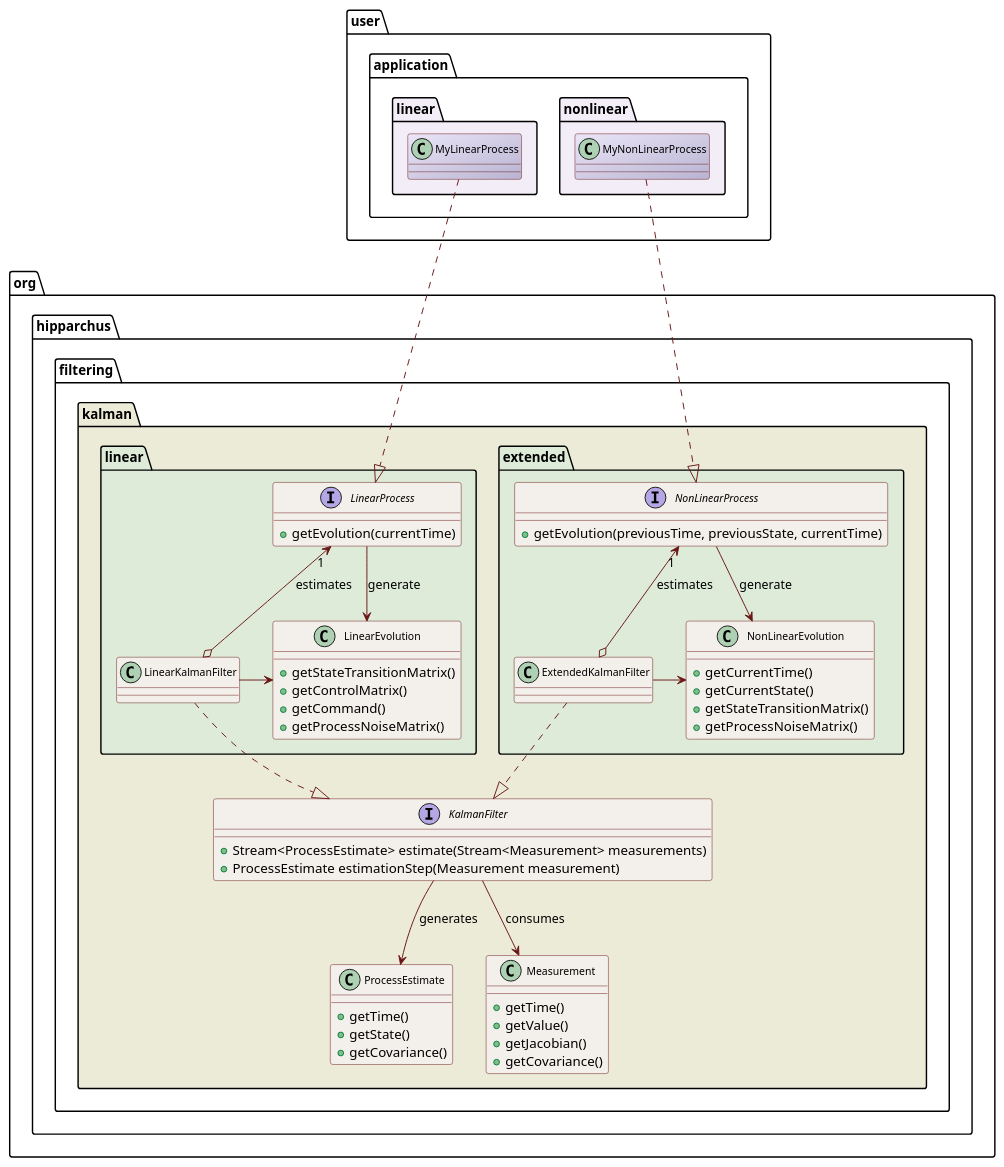
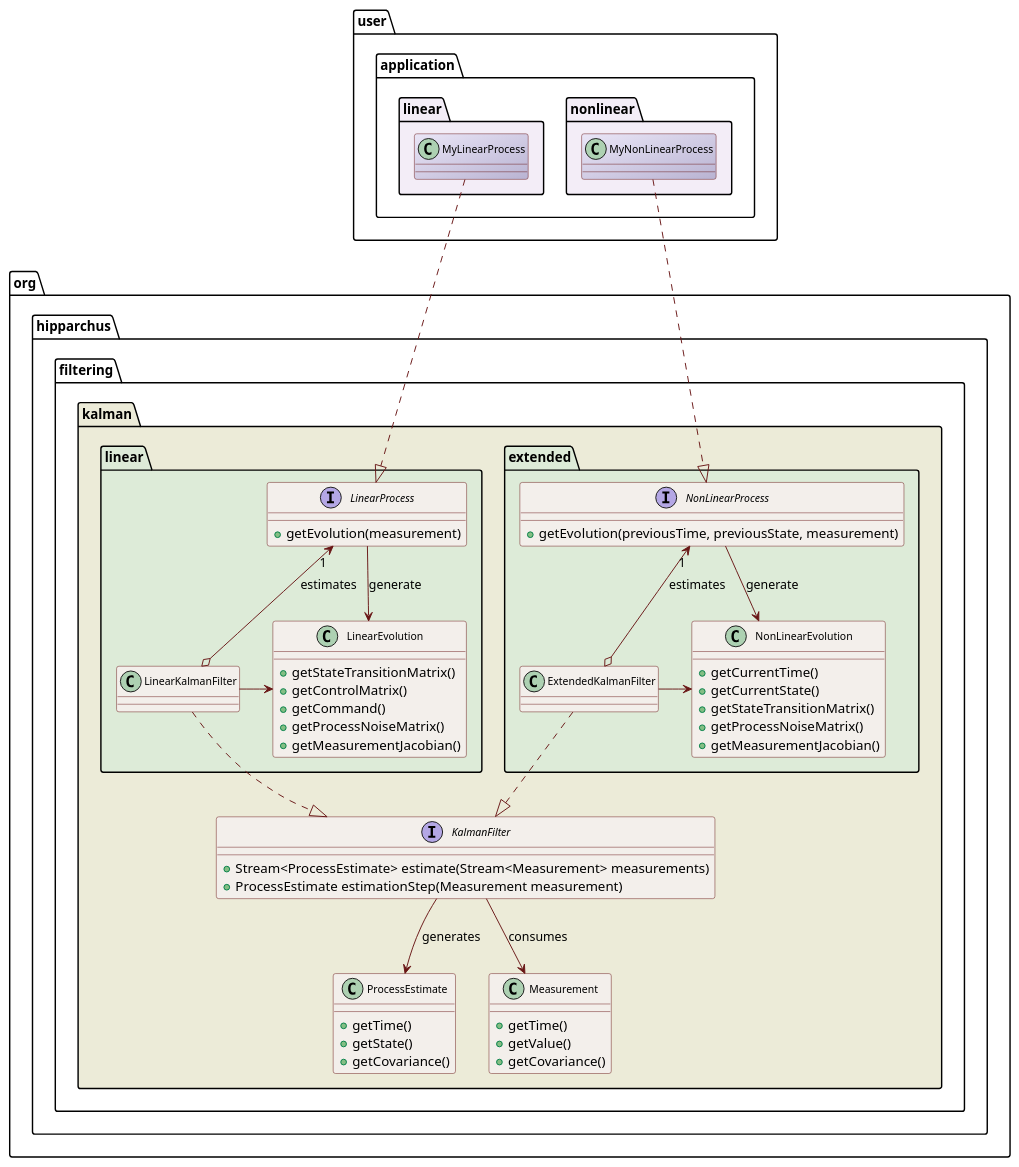
One commit to Hipparchus-Math/hipparchus changed the diagram in src/site/design/kalman.puml. Above: the diagram before and after it, drawn with PlantUML. The commit also changed 10 other files, not shown here.

Commit message:
Measurement Jacobian must be evaluated by the process after prediction.

```diff
--- a/src/site/design/kalman.puml
+++ b/src/site/design/kalman.puml
@@ -16,91 +16,92 @@
 @startuml
 
   skinparam svek                  true
   skinparam ClassBackgroundColor  #F3EFEB
   skinparam ClassArrowColor       #691616
   skinparam ClassBorderColor      #691616
   skinparam NoteBackgroundColor   #F3EFEB
   skinparam NoteBorderColor       #691616
   skinparam NoteFontColor         #691616
   skinparam ClassFontSize         11
 
   package org.hipparchus.filtering.kalman #ECEBD8 {
 
       class ProcessEstimate {
         +getTime()
         +getState()
         +getCovariance()
       }
 
       class Measurement {
         +getTime()
         +getValue()
-        +getJacobian()
         +getCovariance()
       }
 
       interface KalmanFilter {
         +Stream<ProcessEstimate> estimate(Stream<Measurement> measurements)
         +ProcessEstimate estimationStep(Measurement measurement)
       }
 
       KalmanFilter --> Measurement     : consumes
       KalmanFilter --> ProcessEstimate : generates
 
       package linear #DDEBD8 {
           class LinearEvolution {
             +getStateTransitionMatrix()
             +getControlMatrix()
             +getCommand()
             +getProcessNoiseMatrix()
+            +getMeasurementJacobian()
           }
 
           interface LinearProcess {
-            +getEvolution(currentTime)
+            +getEvolution(measurement)
           }
 
           class LinearKalmanFilter
 
           LinearProcess    "1" <--o LinearKalmanFilter : estimates
           LinearProcess --> LinearEvolution : generate
           LinearKalmanFilter ..|> KalmanFilter
           LinearEvolution <-left- LinearKalmanFilter
 
       }
 
       package extended #DDEBD8 {
 
           class NonLinearEvolution {
             +getCurrentTime()
             +getCurrentState()
             +getStateTransitionMatrix()
             +getProcessNoiseMatrix()
+            +getMeasurementJacobian()
           }
 
           interface NonLinearProcess {
-            +getEvolution(previousTime, previousState, currentTime)
+            +getEvolution(previousTime, previousState, measurement)
           }
 
           class ExtendedKalmanFilter
 
           NonLinearProcess "1" <--o ExtendedKalmanFilter : estimates
           NonLinearProcess --> NonLinearEvolution : generate
           ExtendedKalmanFilter ..|> KalmanFilter
           ExtendedKalmanFilter -right-> NonLinearEvolution
 
       }
 
 
   }
 
   package user.application.linear #F3EDF7 {
     class MyLinearProcess #EAE6F7/B9B3D2
     MyLinearProcess ..|> LinearProcess
   }
 
   package user.application.nonlinear #F3EDF7 {
     class MyNonLinearProcess #EAE6F7/B9B3D2
     MyNonLinearProcess ..|> NonLinearProcess
   }
 
 @enduml
```
